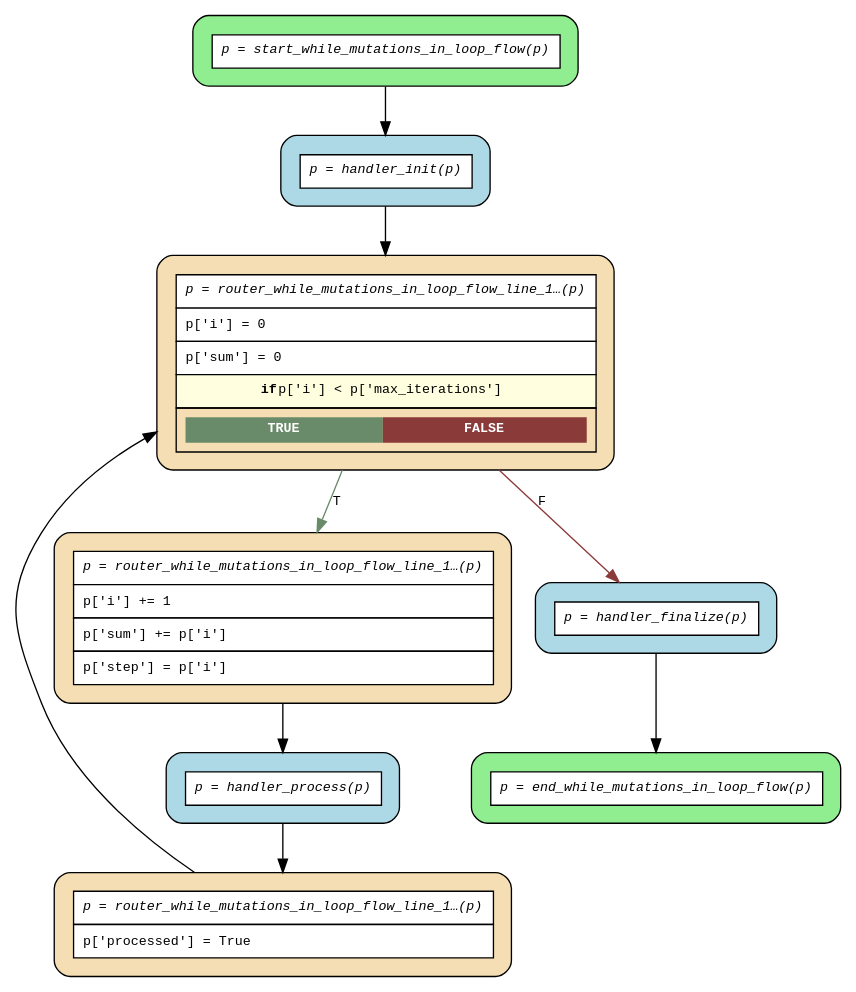
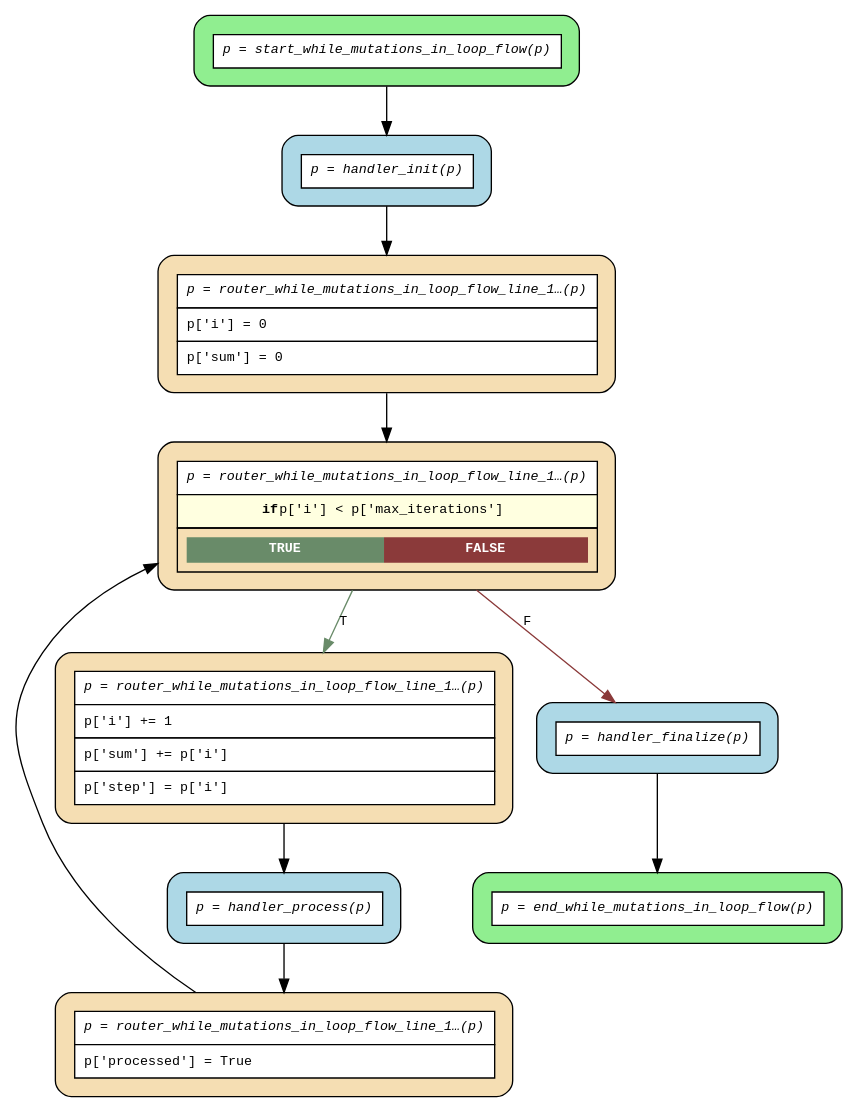
One commit to deliveryhero/asya changed the diagram in examples/flows/compiled/while_mutations_in_loop/flow.dot. Above: the diagram before and after it, drawn with Graphviz. The commit also changed 31 other files, not shown here.

```diff
--- a/examples/flows/compiled/while_mutations_in_loop/flow.dot
+++ b/examples/flows/compiled/while_mutations_in_loop/flow.dot
@@ -1,24 +1,26 @@
 digraph flow {
   rankdir=TB;
   graph [fontname="Courier", fontsize=10];
   node [fontname="Courier", fontsize=10, shape=box, style="filled,rounded", margin="0.2"];
   edge [fontname="Courier", fontsize=10];
 
   start_while_mutations_in_loop_flow [fillcolor="lightgreen", label=<<table border="0" cellspacing="0" cellpadding="6" cellborder="1"><tr><td bgcolor="white" align="center"><i>p = start_while_mutations_in_loop_flow(p)</i></td></tr></table>>];
   router_while_mutations_in_loop_flow_line_17_seq [fillcolor="wheat", label=<<table border="0" cellspacing="0" cellpadding="6" cellborder="1"><tr><td bgcolor="white" align="center"><i>p = router_while_mutations_in_loop_flow_line_1…(p)</i></td></tr><tr><td bgcolor="white" align="left">p['processed'] = True</td></tr></table>>];
   router_while_mutations_in_loop_flow_line_13_seq [fillcolor="wheat", label=<<table border="0" cellspacing="0" cellpadding="6" cellborder="1"><tr><td bgcolor="white" align="center"><i>p = router_while_mutations_in_loop_flow_line_1…(p)</i></td></tr><tr><td bgcolor="white" align="left">p['i'] += 1</td></tr><tr><td bgcolor="white" align="left">p['sum'] += p['i']</td></tr><tr><td bgcolor="white" align="left">p['step'] = p['i']</td></tr></table>>];
-  router_while_mutations_in_loop_flow_line_12_while_0 [fillcolor="wheat", label=<<table border="0" cellspacing="0" cellpadding="6" cellborder="1"><tr><td bgcolor="white" align="center"><i>p = router_while_mutations_in_loop_flow_line_1…(p)</i></td></tr><tr><td bgcolor="white" align="left">p['i'] = 0</td></tr><tr><td bgcolor="white" align="left">p['sum'] = 0</td></tr><tr><td bgcolor="lightyellow"><b>if</b> p['i'] &lt; p['max_iterations']</td></tr><tr><td><table border="0" cellspacing="0" cellpadding="4"><tr><td bgcolor="darkseagreen4"><font color="white"><b>TRUE</b></font></td><td bgcolor="indianred4"><font color="white"><b>FALSE</b></font></td></tr></table></td></tr></table>>];
+  router_while_mutations_in_loop_flow_line_12_while_0 [fillcolor="wheat", label=<<table border="0" cellspacing="0" cellpadding="6" cellborder="1"><tr><td bgcolor="white" align="center"><i>p = router_while_mutations_in_loop_flow_line_1…(p)</i></td></tr><tr><td bgcolor="lightyellow"><b>if</b> p['i'] &lt; p['max_iterations']</td></tr><tr><td><table border="0" cellspacing="0" cellpadding="4"><tr><td bgcolor="darkseagreen4"><font color="white"><b>TRUE</b></font></td><td bgcolor="indianred4"><font color="white"><b>FALSE</b></font></td></tr></table></td></tr></table>>];
+  router_while_mutations_in_loop_flow_line_10_seq [fillcolor="wheat", label=<<table border="0" cellspacing="0" cellpadding="6" cellborder="1"><tr><td bgcolor="white" align="center"><i>p = router_while_mutations_in_loop_flow_line_1…(p)</i></td></tr><tr><td bgcolor="white" align="left">p['i'] = 0</td></tr><tr><td bgcolor="white" align="left">p['sum'] = 0</td></tr></table>>];
   end_while_mutations_in_loop_flow [fillcolor="lightgreen", label=<<table border="0" cellspacing="0" cellpadding="6" cellborder="1"><tr><td bgcolor="white" align="center"><i>p = end_while_mutations_in_loop_flow(p)</i></td></tr></table>>];
   handler_finalize [fillcolor="lightblue", label=<<table border="0" cellspacing="0" cellpadding="6" cellborder="1"><tr><td bgcolor="white" align="center"><i>p = handler_finalize(p)</i></td></tr></table>>];
   handler_init [fillcolor="lightblue", label=<<table border="0" cellspacing="0" cellpadding="6" cellborder="1"><tr><td bgcolor="white" align="center"><i>p = handler_init(p)</i></td></tr></table>>];
   handler_process [fillcolor="lightblue", label=<<table border="0" cellspacing="0" cellpadding="6" cellborder="1"><tr><td bgcolor="white" align="center"><i>p = handler_process(p)</i></td></tr></table>>];
 
   handler_finalize -> end_while_mutations_in_loop_flow;
-  handler_init -> router_while_mutations_in_loop_flow_line_12_while_0;
+  handler_init -> router_while_mutations_in_loop_flow_line_10_seq;
   handler_process -> router_while_mutations_in_loop_flow_line_17_seq;
+  router_while_mutations_in_loop_flow_line_10_seq -> router_while_mutations_in_loop_flow_line_12_while_0;
   router_while_mutations_in_loop_flow_line_12_while_0 -> handler_finalize [label="F", color=indianred4];
   router_while_mutations_in_loop_flow_line_12_while_0 -> router_while_mutations_in_loop_flow_line_13_seq [label="T", color=darkseagreen4];
   router_while_mutations_in_loop_flow_line_13_seq -> handler_process;
   router_while_mutations_in_loop_flow_line_17_seq -> router_while_mutations_in_loop_flow_line_12_while_0 [constraint=false];
   start_while_mutations_in_loop_flow -> handler_init;
 }
```
